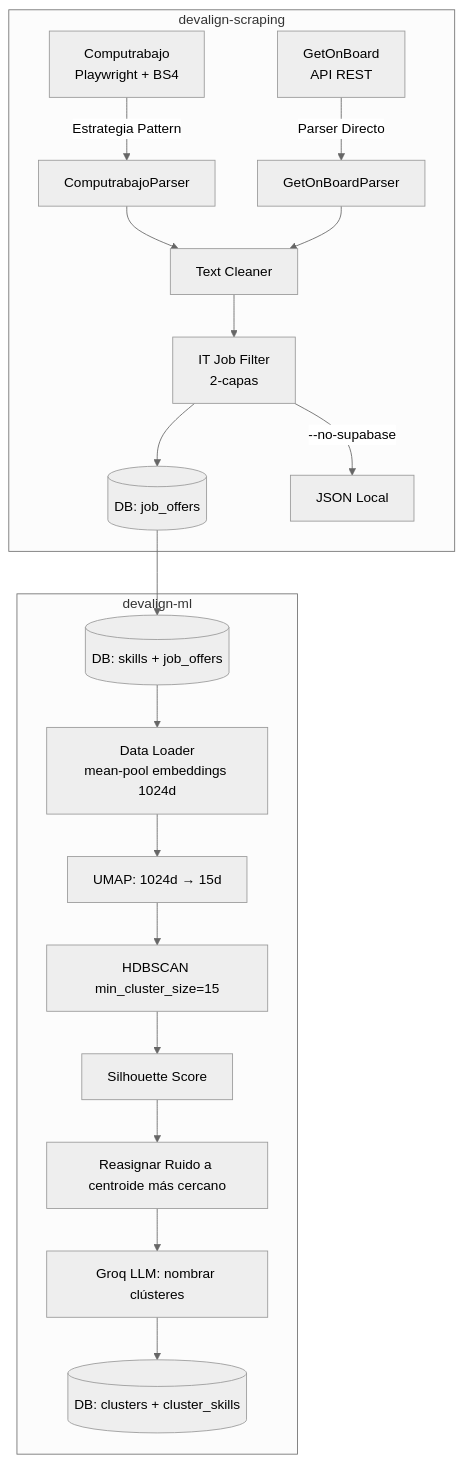
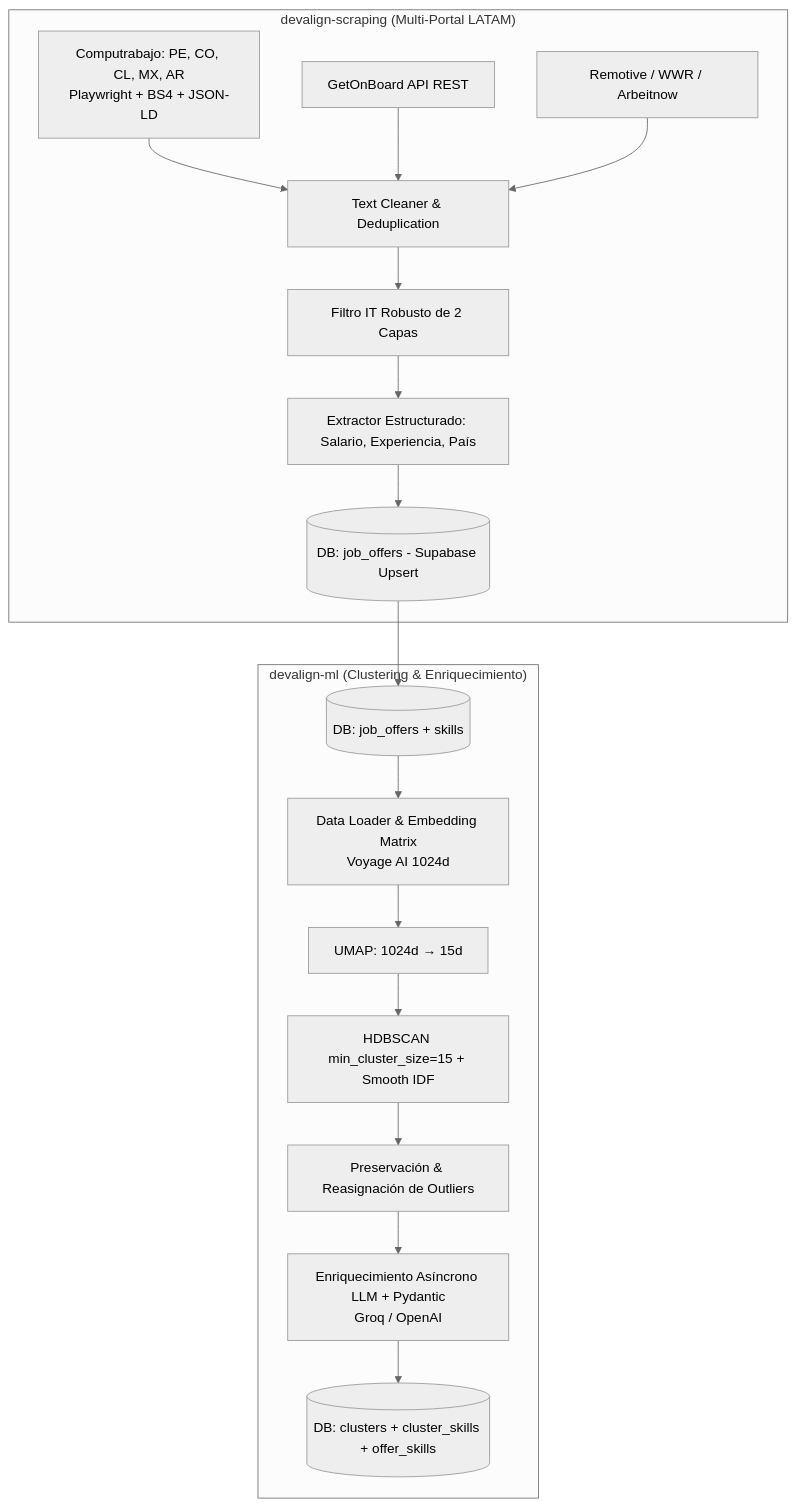
The third of 3 diagrams in ARCHITECTURE.md (devalign/devalign-docs), drawn with Mermaid (neutral theme) before and after one commit. The commit also changed other lines of this file and 5 other files, not shown here.

Commit message:
docs(architecture): update technical documentation suite to reflect latest codebase state

````diff
--- a/ARCHITECTURE.md
+++ b/ARCHITECTURE.md
@@ -113,24 +120,22 @@
 ```mermaid
 graph TD
-    subgraph Scraping ["devalign-scraping"]
-        CT[Computrabajo<br>Playwright + BS4] -->|Estrategia Pattern| Parser1[ComputrabajoParser]
-        GOB[GetOnBoard<br>API REST] -->|Parser Directo| Parser2[GetOnBoardParser]
-        Parser1 --> Clean[Text Cleaner]
-        Parser2 --> Clean
-        Clean --> Filter[IT Job Filter<br>2-capas]
-        Filter --> Export[(DB: job_offers)]
-        Filter -->|--no-supabase| JSON[JSON Local]
+    subgraph Scraping ["devalign-scraping (Multi-Portal LATAM)"]
+        CT[Computrabajo: PE, CO, CL, MX, AR<br>Playwright + BS4 + JSON-LD] --> Cleaner[Text Cleaner & Deduplication]
+        GOB[GetOnBoard API REST] --> Cleaner
+        REM[Remotive / WWR / Arbeitnow] --> Cleaner
+        Cleaner --> ITFilter[Filtro IT Robusto de 2 Capas]
+        ITFilter --> Struct[Extractor Estructurado: Salario, Experiencia, País]
+        Struct --> Exporter[(DB: job_offers - Supabase Upsert)]
     end
 
-    subgraph Clustering ["devalign-ml"]
-        DB2[(DB: skills + job_offers)] --> Load[Data Loader<br>mean-pool embeddings 1024d]
-        Load --> UMAP[UMAP: 1024d → 15d]
-        UMAP --> HDBSCAN[HDBSCAN min_cluster_size=15]
-        HDBSCAN --> Eval[Silhouette Score]
-        Eval --> Reassign[Reasignar Ruido a centroide más cercano]
-        Reassign --> Name[Groq LLM: nombrar clústeres]
-        Name --> Deploy[(DB: clusters + cluster_skills)]
+    subgraph Clustering ["devalign-ml (Clustering & Enriquecimiento)"]
+        DB2[(DB: job_offers + skills)] --> DataLoader[Data Loader & Embedding Matrix<br>Voyage AI 1024d]
+        DataLoader --> UMAP[UMAP: 1024d → 15d]
+        UMAP --> HDBSCAN[HDBSCAN min_cluster_size=15 + Smooth IDF]
+        HDBSCAN --> Outliers[Preservación & Reasignación de Outliers]
+        Outliers --> Enriched[Enriquecimiento Asíncrono LLM + Pydantic<br>Groq / OpenAI]
+        Enriched --> Deploy[(DB: clusters + cluster_skills + offer_skills)]
     end
 
-    Export --> DB2
+    Exporter --> DB2
 ```
````
